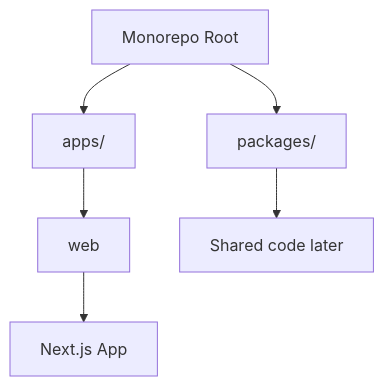
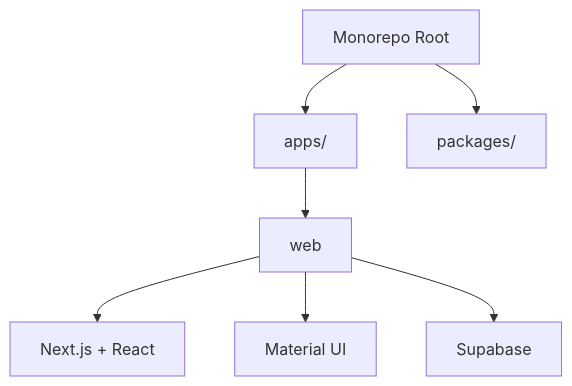
Before and after one commit to matthewlovestocode/designated: the first of 2 diagrams in docs/web/overview.md, drawn with Mermaid. The commit also changed other lines of this file and 35 other files, not shown here.

````diff
--- a/docs/web/overview.md
+++ b/docs/web/overview.md
@@ -22,8 +25,9 @@
 ```mermaid
 flowchart TD
     A["Monorepo Root"] --> B["apps/"]
     A --> C["packages/"]
     B --> D["web"]
-    D --> E["Next.js App"]
-    C --> F["Shared code later"]
+    D --> E["Next.js + React"]
+    D --> F["Material UI"]
+    D --> G["Supabase"]
 ```
````
